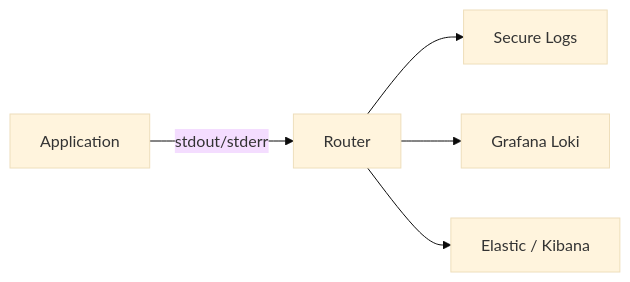
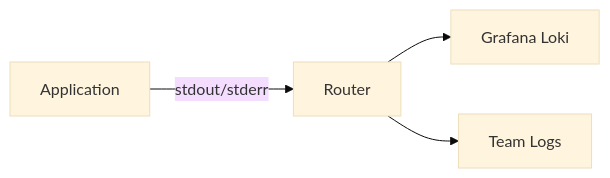
One commit to nais/doc changed the third of 5 diagrams in docs/observability/README.md. Above: the diagram before and after it, drawn with Mermaid (base theme). The commit also changed 16 other files, not shown here.

````diff
--- a/docs/observability/README.md
+++ b/docs/observability/README.md
@@ -88,7 +88,6 @@
 ```mermaid
 graph LR
   Application --stdout/stderr--> Router
-  Router --> A[Secure Logs]
-  Router --> B[Grafana Loki]
-  Router --> C[Elastic / Kibana]
+  Router --> A[Grafana Loki]
+  Router --> B[Team Logs]
 ```
````
